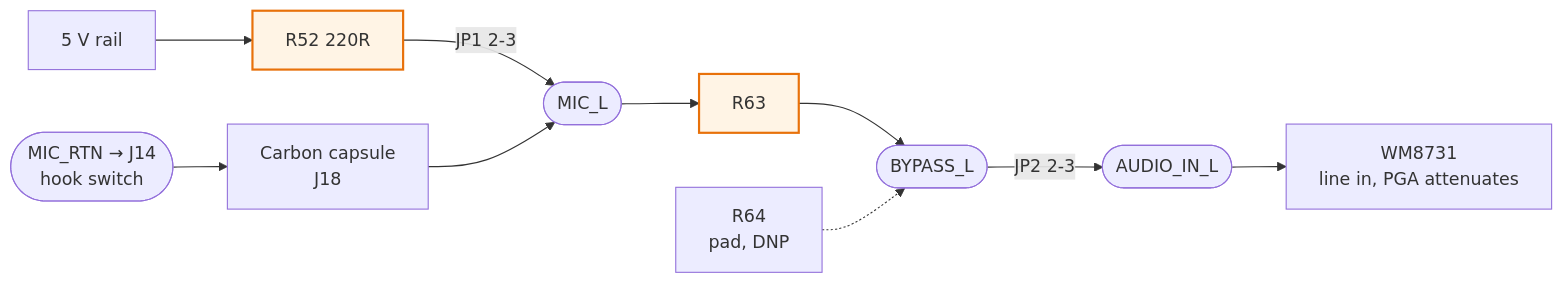
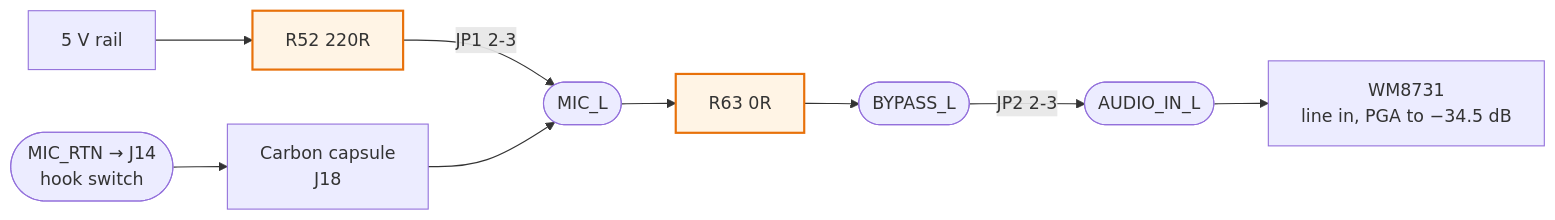
The fourth of 4 diagrams in docs/mic-configurations.md (ideocentric/caryatid), drawn with Mermaid before and after one commit. The commit also changed other lines of this file and 15 other files, not shown here.

First line of the commit message:
Bring the docs to two mic channels and to a board with no DNP

````diff
--- a/docs/mic-configurations.md
+++ b/docs/mic-configurations.md
@@ -107,14 +142,13 @@
 ```mermaid
 flowchart LR
     V["5 V rail"] --> R52["R52 220R"]
     R52 -->|JP1 2-3| MIC(["MIC_L"])
     CAP["Carbon capsule<br/>J18"] --> MIC
-    MIC --> R63["R63"] --> BYP(["BYPASS_L"])
-    R64["R64<br/>pad, DNP"] -.-> BYP
+    MIC --> R63["R63 0R"] --> BYP(["BYPASS_L"])
     BYP -->|JP2 2-3| AIN(["AUDIO_IN_L"])
-    AIN --> COD["WM8731<br/>line in, PGA attenuates"]
+    AIN --> COD["WM8731<br/>line in, PGA to −34.5 dB"]
     RTN(["MIC_RTN → J14<br/>hook switch"]) --> CAP
 
     classDef sel fill:#fff4e5,stroke:#e8710a,stroke-width:2px
     class R52,R63 sel
 ```
````
